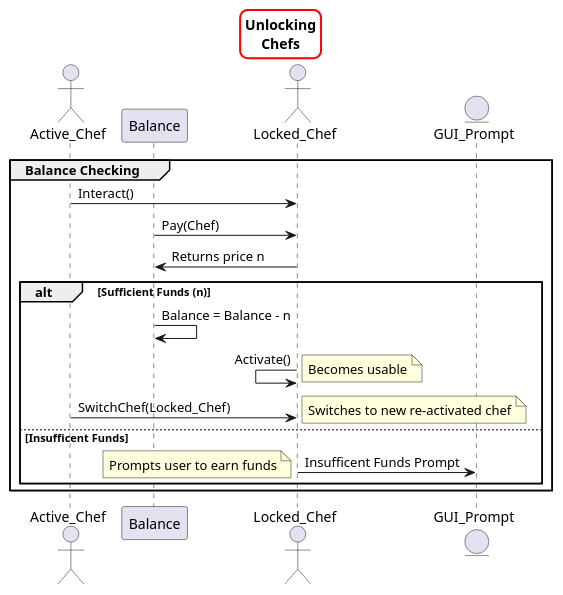
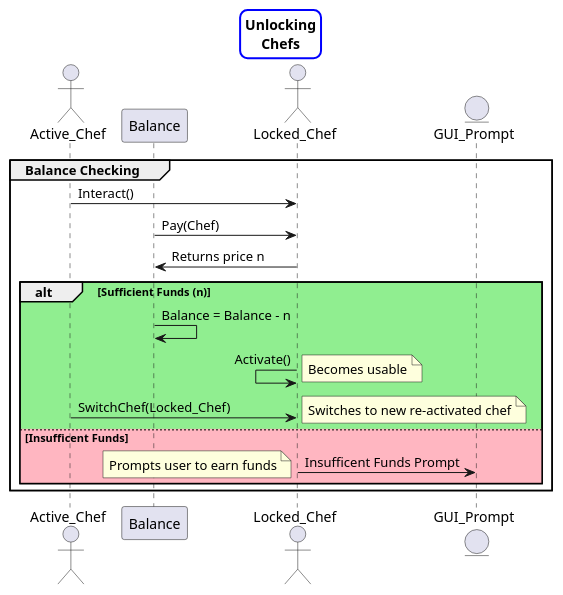
The diagram in A2/A2 Architecture/Sequence Diagrams/Unlocking Chefs.puml (Runtime-Terrors-Team-5/-A2-UML), drawn with PlantUML before and after one commit. The commit also changed 8 other files, not shown here.

First line of the commit message:
All Sequence Diagrams Completed

```diff
--- a/A2/A2 Architecture/Sequence Diagrams/Unlocking Chefs.puml
+++ b/A2/A2 Architecture/Sequence Diagrams/Unlocking Chefs.puml
@@ -3,29 +3,29 @@
 @startuml
 skinparam titleBorderRoundCorner 15
 skinparam titleBorderThickness 2
-skinparam titleBorderColor red
+skinparam titleBorderColor blue
 title Unlocking\nChefs
 
 actor Active_Chef as Chef
 participant Balance as Money
 actor Locked_Chef as Chef2
 entity GUI_Prompt as GUI
 
 ' Checking for correct funds
 group Balance Checking
     Chef -> Chef2 : Interact()
     Money -> Chef2 : Pay(Chef)
     Money <- Chef2 : Returns price n
-    ' Activates powerup / prompts user to earn money
-    alt Sufficient Funds (n)
+    ' Activates chef and switches to it / prompts user to earn money
+    alt #LightGreen Sufficient Funds (n)
         Money -> Money : Balance = Balance - n
         Chef2 <- Chef2  : Activate()
         note right : Becomes usable
         Chef -> Chef2 : SwitchChef(Locked_Chef)
         note right : Switches to new re-activated chef
-    else Insufficent Funds
+    else #LightPink Insufficent Funds
         Chef2 -> GUI : Insufficent Funds Prompt
         note left: Prompts user to earn funds
     end
 end
 @enduml
```
